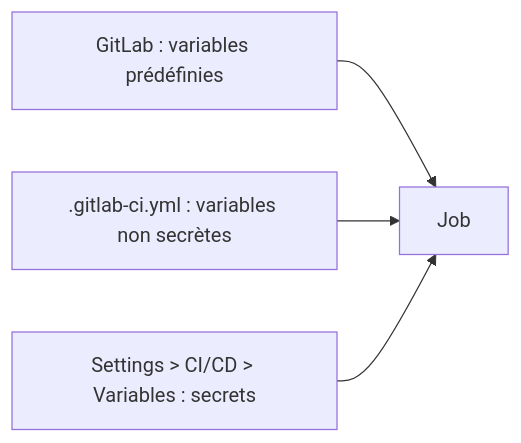
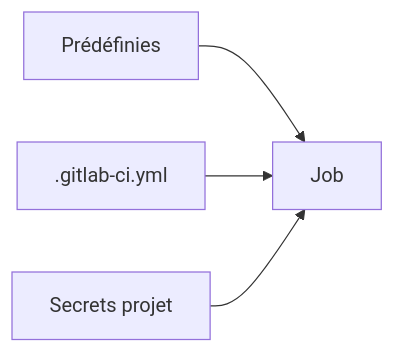
The diagram in 03 — Concepts/Variables CI-CD GitLab.md (galsen-76/Informatique-), drawn with Mermaid before and after one commit. The commit also changed 10 other files, not shown here.

First line of the commit message:
Concepts : diagrammes Mermaid raccourcis pour tenir en largeur

````diff
--- a/03 — Concepts/Variables CI-CD GitLab.md
+++ b/03 — Concepts/Variables CI-CD GitLab.md
@@ -40,6 +40,6 @@
 ```mermaid
 flowchart LR
-  GL[GitLab : variables prédéfinies] --> J[Job]
-  Y[.gitlab-ci.yml : variables non secrètes] --> J
-  S[Settings > CI/CD > Variables : secrets] --> J
+  GL[Prédéfinies] --> J[Job]
+  Y[.gitlab-ci.yml] --> J
+  S[Secrets projet] --> J
 ```
````
